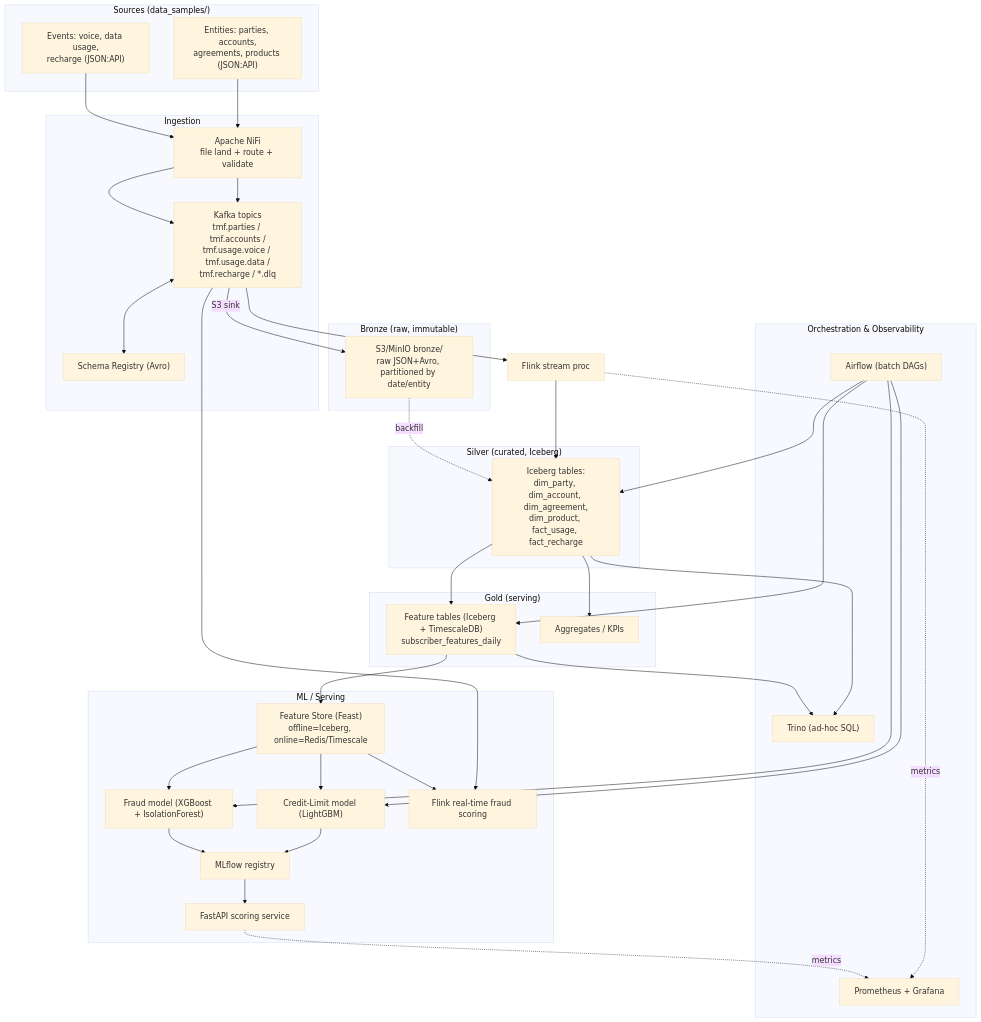
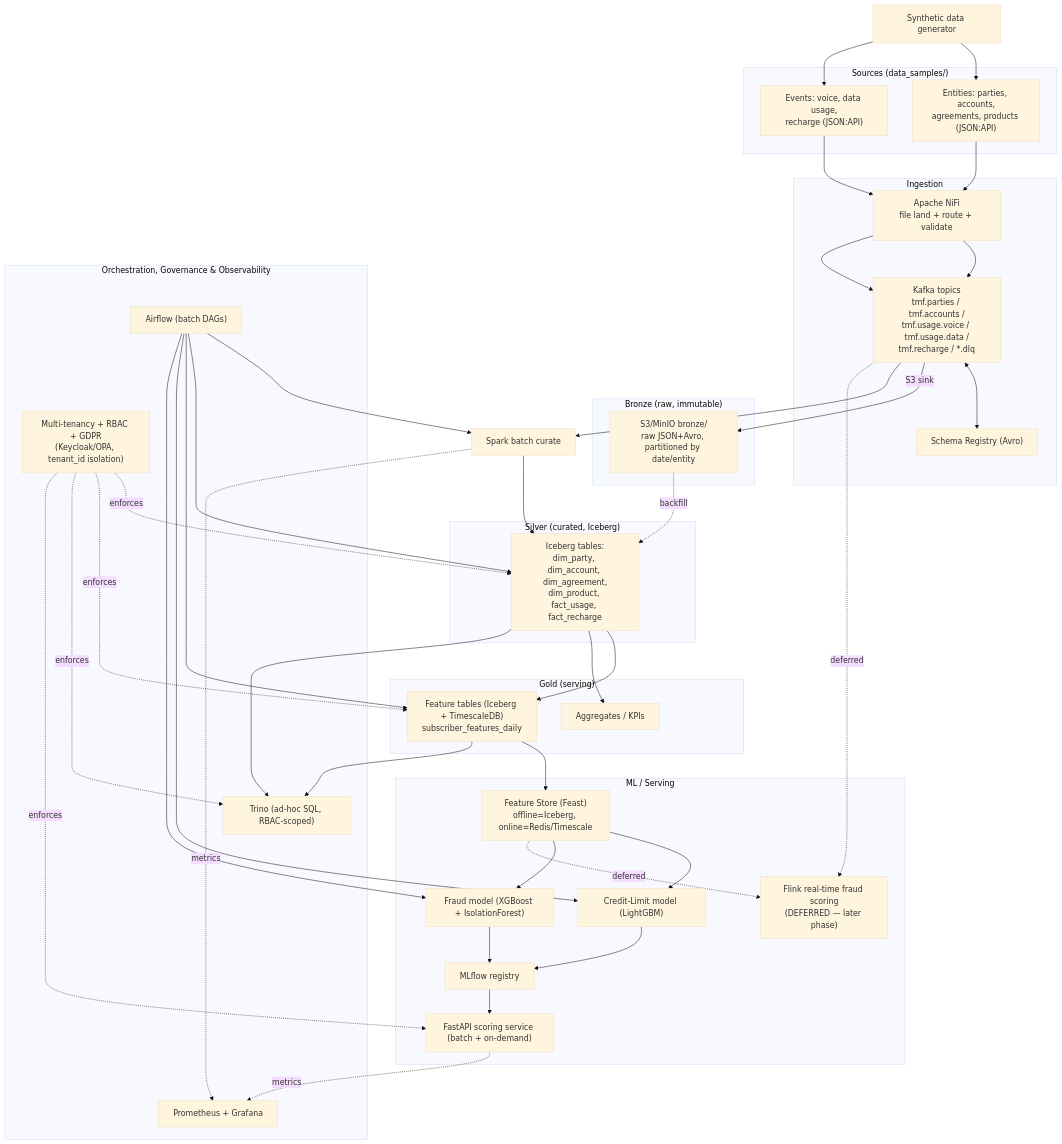
One commit to vikasagarwal2485/intelligent_data_platform changed the diagram in docs/architecture_and_implementation_plan.md. Above: the diagram before and after it, drawn with Mermaid (base theme). The commit also changed other lines of this file, not shown here.

First line of the commit message:
docs: incorporate PR #1 review feedback into architecture plan

````diff
--- a/docs/architecture_and_implementation_plan.md
+++ b/docs/architecture_and_implementation_plan.md
@@ -67,59 +76,62 @@
 ```mermaid
 flowchart TB
     subgraph SRC["Sources (data_samples/)"]
         E1["Entities: parties, accounts,<br/>agreements, products (JSON:API)"]
         E2["Events: voice, data usage,<br/>recharge (JSON:API)"]
     end
 
     subgraph ING["Ingestion"]
         NIFI["Apache NiFi<br/>file land + route + validate"]
         KAFKA["Kafka topics<br/>tmf.parties / tmf.accounts /<br/>tmf.usage.voice / tmf.usage.data /<br/>tmf.recharge / *.dlq"]
         SR["Schema Registry (Avro)"]
     end
 
     subgraph BRONZE["Bronze (raw, immutable)"]
         B["S3/MinIO bronze/<br/>raw JSON+Avro, partitioned by date/entity"]
     end
 
     subgraph SILVER["Silver (curated, Iceberg)"]
         S["Iceberg tables:<br/>dim_party, dim_account, dim_agreement,<br/>dim_product, fact_usage, fact_recharge"]
     end
 
     subgraph GOLD["Gold (serving)"]
         G1["Feature tables (Iceberg + TimescaleDB)<br/>subscriber_features_daily"]
         G2["Aggregates / KPIs"]
     end
 
     subgraph ML["ML / Serving"]
         FS["Feature Store (Feast)<br/>offline=Iceberg, online=Redis/Timescale"]
         M1["Credit-Limit model (LightGBM)"]
         M2["Fraud model (XGBoost + IsolationForest)"]
         REG["MLflow registry"]
-        API["FastAPI scoring service"]
-        RT["Flink real-time fraud scoring"]
+        API["FastAPI scoring service (batch + on-demand)"]
+        RT["Flink real-time fraud scoring<br/>(DEFERRED — later phase)"]
     end
 
-    subgraph OPS["Orchestration & Observability"]
+    subgraph OPS["Orchestration, Governance & Observability"]
         AF["Airflow (batch DAGs)"]
         MON["Prometheus + Grafana"]
-        TR["Trino (ad-hoc SQL)"]
+        TR["Trino (ad-hoc SQL, RBAC-scoped)"]
+        GOV["Multi-tenancy + RBAC + GDPR<br/>(Keycloak/OPA, tenant_id isolation)"]
     end
 
+    SYN["Synthetic data generator"] --> E1 & E2
     E1 --> NIFI --> KAFKA
     E2 --> NIFI --> KAFKA
     KAFKA <--> SR
     KAFKA -->|S3 sink| B
-    KAFKA --> FLINK[Flink stream proc] --> S
+    KAFKA --> SPARK[Spark batch curate] --> S
     B -.backfill.-> S
     S --> G1 & G2
     G1 --> FS
     FS --> M1 & M2
     M1 & M2 --> REG --> API
-    KAFKA --> RT
-    FS --> RT
-    AF --> S & G1 & M1 & M2
+    KAFKA -.deferred.-> RT
+    FS -.deferred.-> RT
+    AF --> SPARK & S & G1 & M1 & M2
     S --> TR
     G1 --> TR
-    FLINK -.metrics.-> MON
+    GOV -.enforces.-> S & G1 & TR & API
+    SPARK -.metrics.-> MON
     API -.metrics.-> MON
 ```
````
